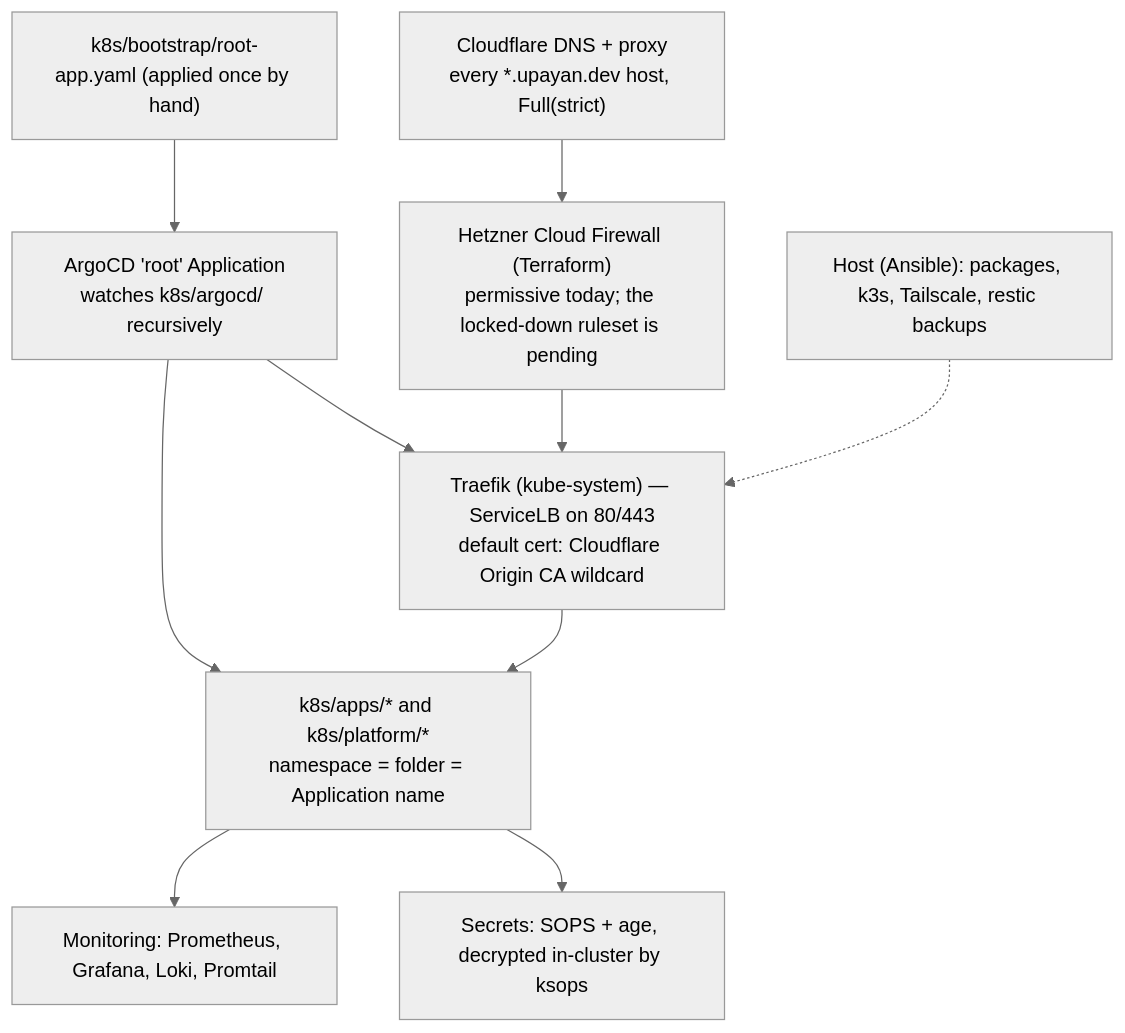
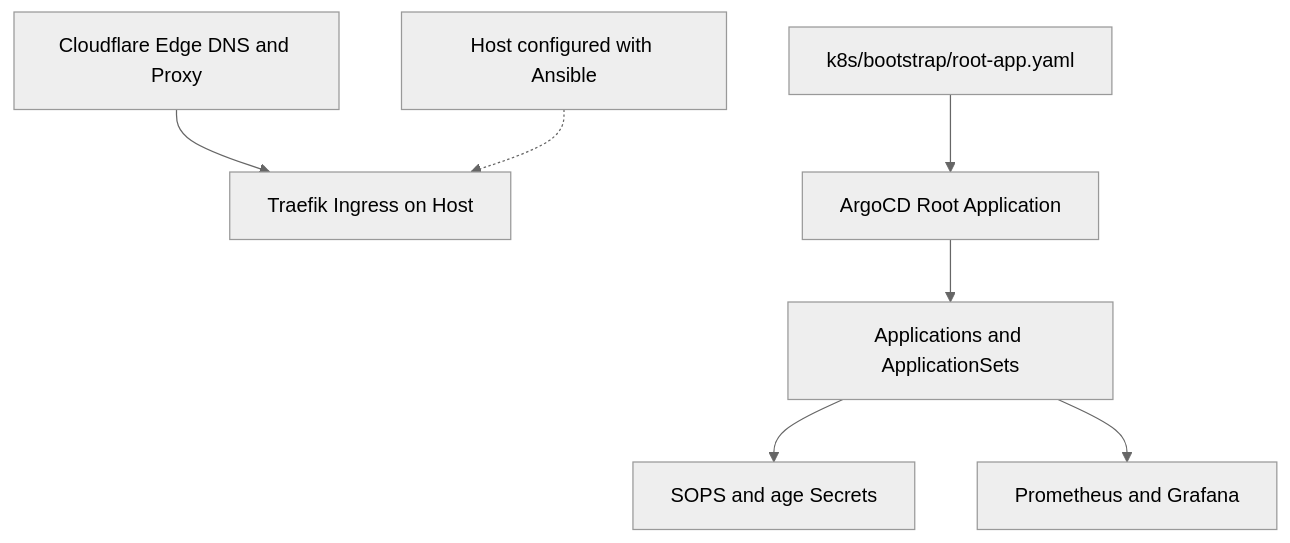
One commit to upayanmazumder/cluster changed the diagram in README.md. Above: the diagram before and after it, drawn with Mermaid (neutral theme). The commit also changed other lines of this file and 12 other files, not shown here.

````diff
--- a/README.md
+++ b/README.md
@@ -20,12 +9,9 @@
 ```mermaid
 flowchart TD
-  CF["Cloudflare DNS + proxy<br/>every *.upayan.dev host, Full(strict)"] --> FW
-  FW["Hetzner Cloud Firewall (Terraform)<br/>permissive today; the locked-down ruleset is pending"] --> TR
-  TR["Traefik (kube-system) — ServiceLB on 80/443<br/>default cert: Cloudflare Origin CA wildcard"] --> APPS
-  ROOT["k8s/bootstrap/root-app.yaml (applied once by hand)"] --> ARGO
-  ARGO["ArgoCD 'root' Application<br/>watches k8s/argocd/ recursively"] --> TR & APPS
-  APPS["k8s/apps/* and k8s/platform/*<br/>namespace = folder = Application name"]
-  APPS --> SEC["Secrets: SOPS + age, decrypted in-cluster by ksops"]
-  APPS --> MON["Monitoring: Prometheus, Grafana, Loki, Promtail"]
-  HOST["Host (Ansible): packages, k3s, Tailscale, restic backups"] -.-> TR
+  CF[Cloudflare Edge DNS and Proxy] --> TR[Traefik Ingress on Host]
+  ROOT[k8s/bootstrap/root-app.yaml] --> ARGO[ArgoCD Root Application]
+  ARGO --> APPS[Applications and ApplicationSets]
+  APPS --> SEC[SOPS and age Secrets]
+  APPS --> MON[Prometheus and Grafana]
+  HOST[Host configured with Ansible] -.-> TR
 ```
````
